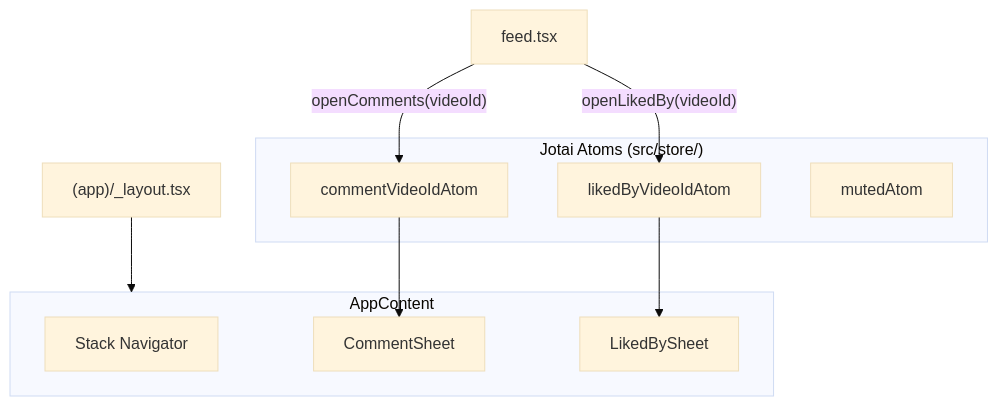
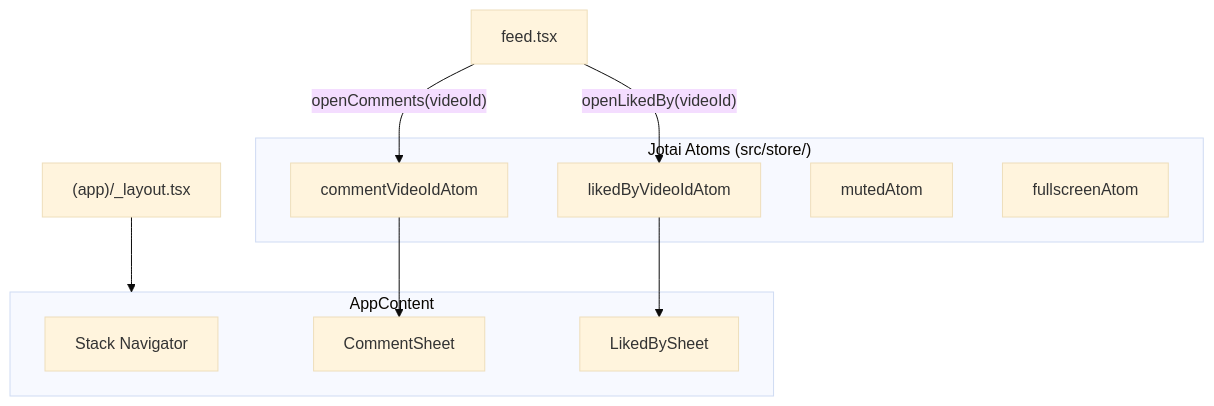
One commit to ingrqm/recruitment-task-clutch changed the sixth of 6 diagrams in architecture.md. Above: the diagram before and after it, drawn with Mermaid (base theme). The commit also changed other lines of this file and 1 other file, not shown here.

Commit message:
docs: update readme and architecture for platform differences (#18)

````diff
--- a/architecture.md
+++ b/architecture.md
@@ -136,21 +140,22 @@
 ```mermaid
 graph TD
     Layout["(app)/_layout.tsx"] --> AppContent
 
     subgraph AppContent
         StackNav["Stack Navigator"]
         CS["CommentSheet"]
         LS["LikedBySheet"]
     end
 
     subgraph "Jotai Atoms (src/store/)"
         CA["commentVideoIdAtom"]
         LA["likedByVideoIdAtom"]
         MA["mutedAtom"]
+        FA["fullscreenAtom"]
     end
 
     Feed["feed.tsx"] -->|"openComments(videoId)"| CA
     CA --> CS
     Feed -->|"openLikedBy(videoId)"| LA
     LA --> LS
 ```
````
